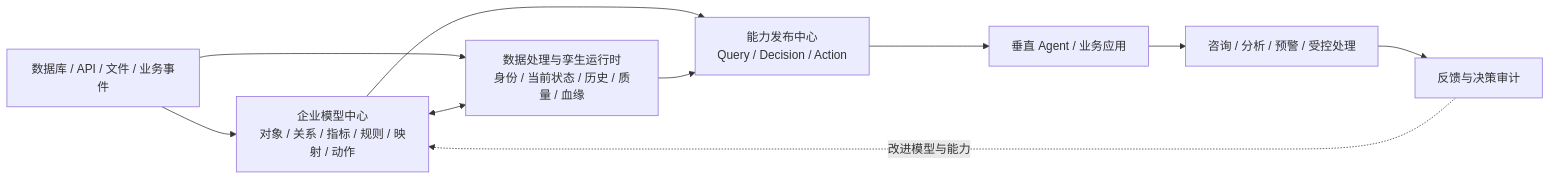
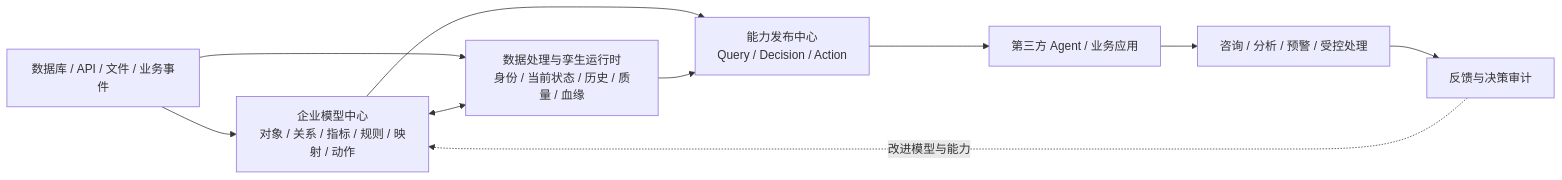
The first of 8 diagrams in docs/project-design.md (TtonyLiang/data-agent), drawn with Mermaid before and after one commit. The commit also changed other lines of this file and 34 other files, not shown here.

````diff
--- a/docs/project-design.md
+++ b/docs/project-design.md
@@ -50,12 +51,12 @@
 ```mermaid
 flowchart LR
   SOURCE["数据库 / API / 文件 / 业务事件"] --> MODEL["企业模型中心<br/>对象 / 关系 / 指标 / 规则 / 映射 / 动作"]
   SOURCE --> TWIN["数据处理与孪生运行时<br/>身份 / 当前状态 / 历史 / 质量 / 血缘"]
   MODEL <--> TWIN
   MODEL --> CAP["能力发布中心<br/>Query / Decision / Action"]
   TWIN --> CAP
-  CAP --> AGENT["垂直 Agent / 业务应用"]
+  CAP --> AGENT["第三方 Agent / 业务应用"]
   AGENT --> RESULT["咨询 / 分析 / 预警 / 受控处理"]
   RESULT --> AUDIT["反馈与决策审计"]
   AUDIT -. "改进模型与能力" .-> MODEL
 ```
````
